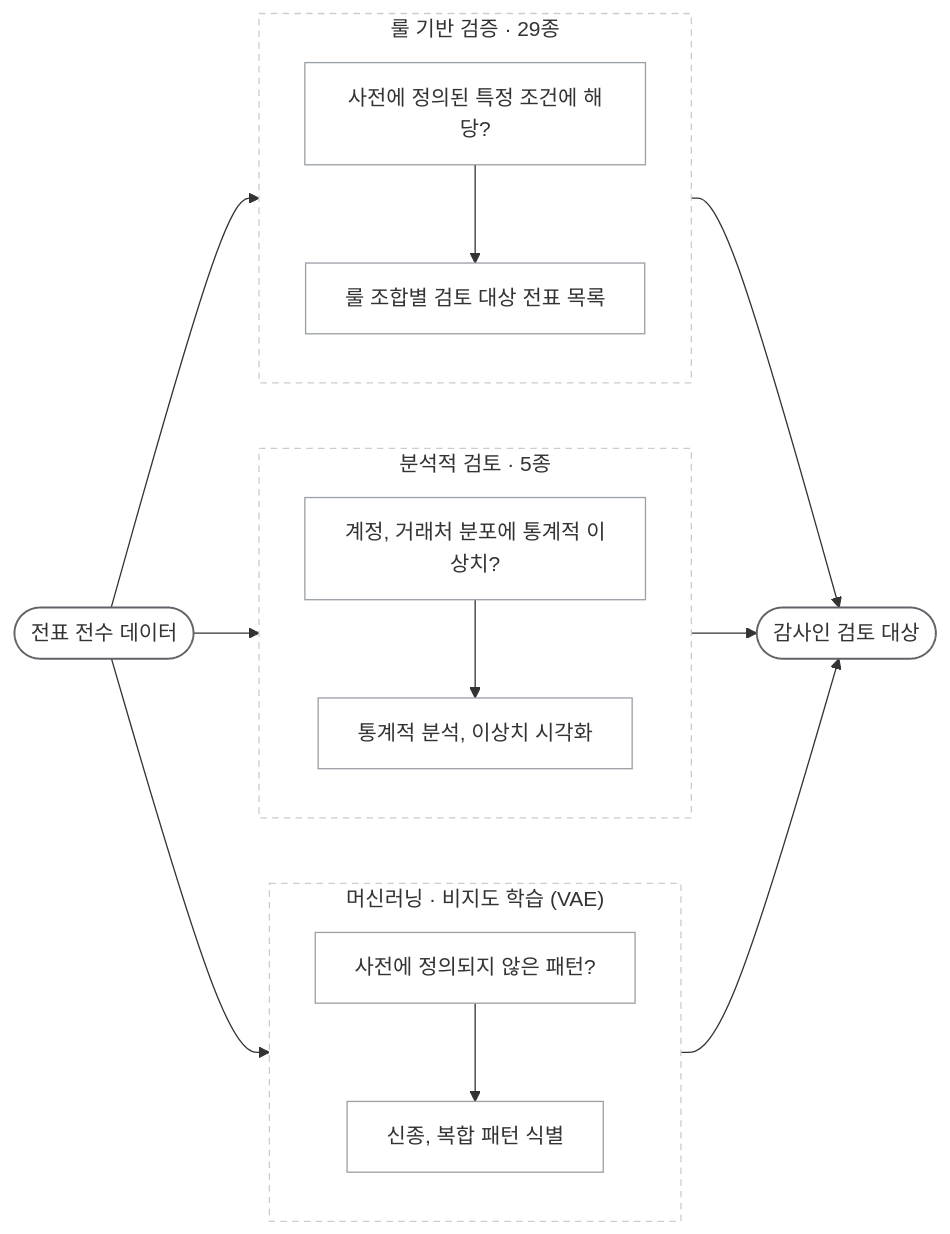
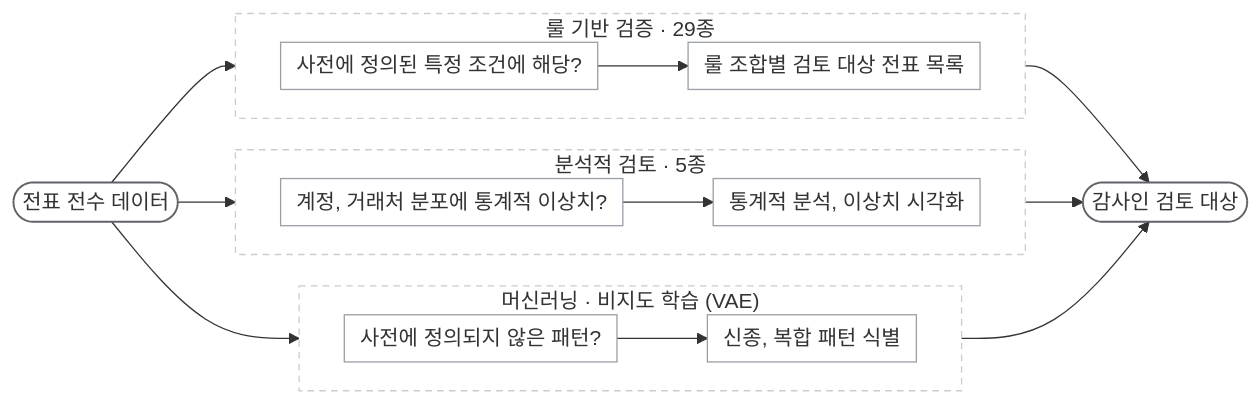
One commit to ghdtjrgns321-creator/local-ai-journal-assist changed the diagram in README.md. Above: the diagram before and after it, drawn with Mermaid.

Commit message:
docs(readme): 소개 머메이드 레인을 가로 배치로 바꾸고 여백 설정 축소

````diff
--- a/README.md
+++ b/README.md
@@ -11,33 +11,34 @@
 ```mermaid
+%%{init: {"flowchart": {"wrappingWidth": 320, "nodeSpacing": 24, "rankSpacing": 44, "padding": 6}}}%%
 flowchart LR
     IN(["전표 전수 데이터"]) --> Q3
     IN --> Q2
     IN --> Q1
 
     subgraph ML["머신러닝 · 비지도 학습 (VAE)"]
-        direction TB
+        direction LR
         Q3["사전에 정의되지 않은 패턴?"] --> O3["신종, 복합 패턴 식별"]
     end
 
     subgraph ANALYTIC["분석적 검토 · 5종"]
-        direction TB
+        direction LR
         Q2["계정, 거래처 분포에 통계적 이상치?"] --> O2["통계적 분석, 이상치 시각화"]
     end
 
     subgraph RULE["룰 기반 검증 · 29종"]
-        direction TB
+        direction LR
         Q1["사전에 정의된 특정 조건에 해당?"] --> O1["룰 조합별 검토 대상 전표 목록"]
     end
 
     O3 --> OUT(["감사인 검토 대상"])
     O2 --> OUT
     O1 --> OUT
 
     classDef step fill:none,stroke:#9aa0a6,stroke-width:1px
     classDef port fill:none,stroke:#5f6368,stroke-width:1.5px
     class Q1,Q2,Q3,O1,O2,O3 step
     class IN,OUT port
     style RULE fill:none,stroke:#c8cdd2,stroke-dasharray:5 4
     style ANALYTIC fill:none,stroke:#c8cdd2,stroke-dasharray:5 4
     style ML fill:none,stroke:#c8cdd2,stroke-dasharray:5 4
 ```
````
